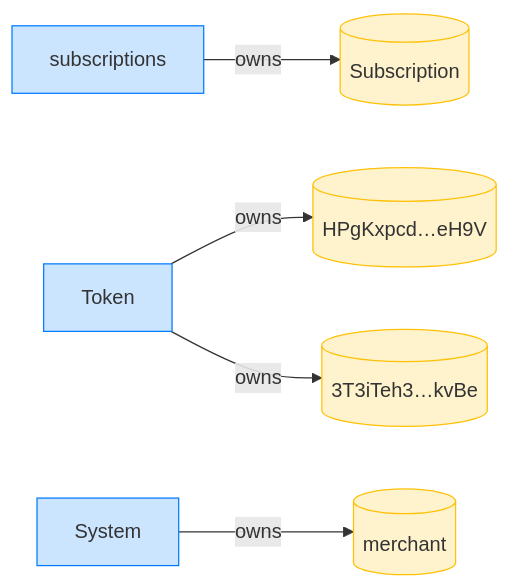
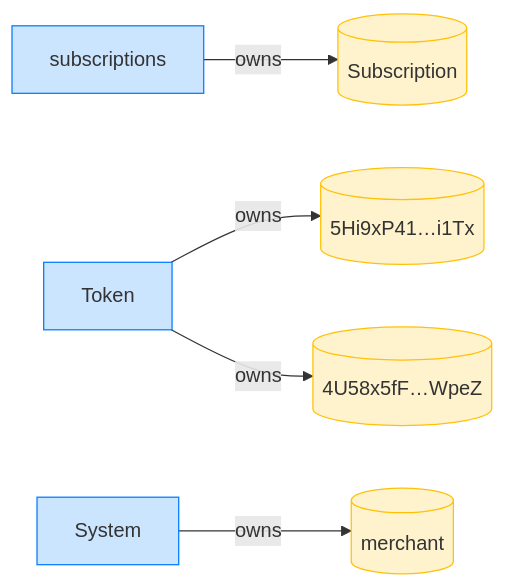
One commit to cds-rs/subscriptions changed diagram 12 of 12 in dsl_tests/transfer-subscription--a-whitelisted-destination-is-allowed.md. Above: the diagram before and after it, drawn with Mermaid. The commit also changed other lines of this file and 224 other files, not shown here.

````diff
--- a/dsl_tests/transfer-subscription--a-whitelisted-destination-is-allowed.md
+++ b/dsl_tests/transfer-subscription--a-whitelisted-destination-is-allowed.md
@@ -224,16 +239,16 @@
 ```mermaid
 flowchart LR
     classDef owner fill:#cce5ff,stroke:#007bff;
     classDef account fill:#fff3cd,stroke:#ffc107;
     subscriptions[subscriptions]:::owner
     Subscription[(Subscription)]:::account
     Token[Token]:::owner
-    HPgKxpcd_eH9V[("HPgKxpcd…eH9V")]:::account
-    3T3iTeh3_kvBe[("3T3iTeh3…kvBe")]:::account
+    5Hi9xP41_i1Tx[("5Hi9xP41…i1Tx")]:::account
+    4U58x5fF_WpeZ[("4U58x5fF…WpeZ")]:::account
     System[System]:::owner
     merchant[(merchant)]:::account
     subscriptions -->|owns| Subscription
-    Token -->|owns| HPgKxpcd_eH9V
-    Token -->|owns| 3T3iTeh3_kvBe
+    Token -->|owns| 5Hi9xP41_i1Tx
+    Token -->|owns| 4U58x5fF_WpeZ
     System -->|owns| merchant
 ```
````
